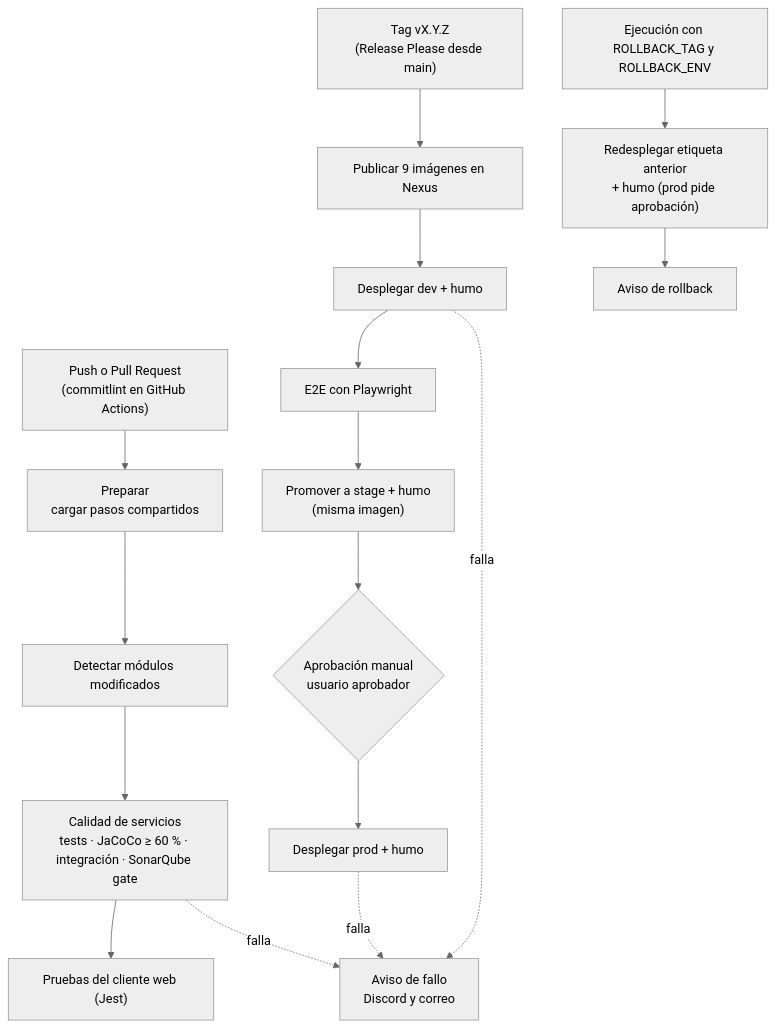
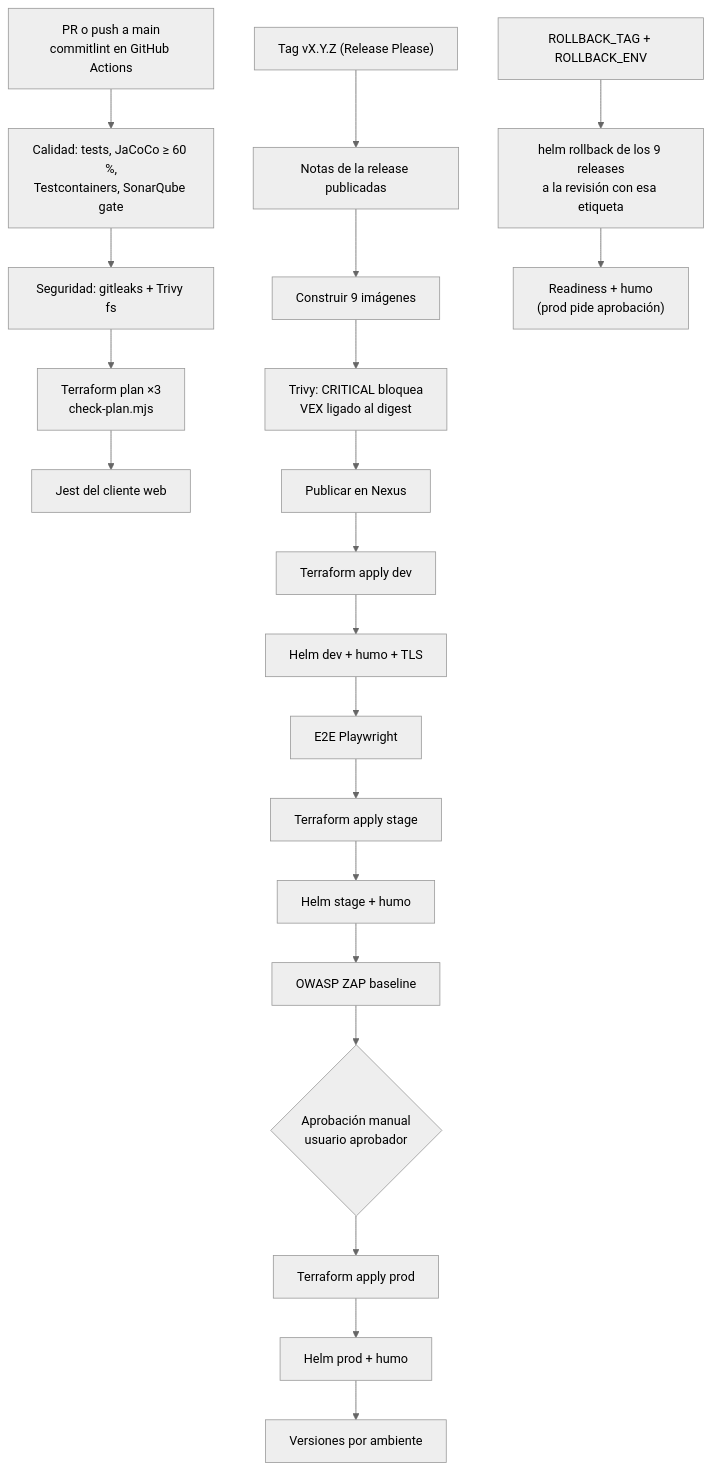
One commit to pabloandressoftware/CircleGuardSoft5Comentarios changed the third of 3 diagrams in docs/arquitectura.md. Above: the diagram before and after it, drawn with Mermaid (neutral theme). The commit also changed other lines of this file and 23 other files, not shown here.

````diff
--- a/docs/arquitectura.md
+++ b/docs/arquitectura.md
@@ -35,22 +97,18 @@
 ```mermaid
 flowchart TD
-    Push["Push o Pull Request<br/>(commitlint en GitHub Actions)"] --> Prep["Preparar<br/>cargar pasos compartidos"]
-    Prep --> Detect["Detectar módulos modificados"]
-    Detect --> Quality["Calidad de servicios<br/>tests · JaCoCo ≥ 60 % · integración · SonarQube gate"]
-    Quality --> Web["Pruebas del cliente web (Jest)"]
+    PR["PR o push a main<br/>commitlint en GitHub Actions"] --> Q["Calidad: tests, JaCoCo ≥ 60 %,<br/>Testcontainers, SonarQube gate"]
+    Q --> Sec["Seguridad: gitleaks + Trivy fs"]
+    Sec --> Plan["Terraform plan ×3<br/>check-plan.mjs"]
+    Plan --> WebT["Jest del cliente web"]
 
-    Tag["Tag vX.Y.Z<br/>(Release Please desde main)"] --> Publish["Publicar 9 imágenes en Nexus"]
-    Publish --> Dev["Desplegar dev + humo"]
-    Dev --> E2E["E2E con Playwright"]
-    E2E --> Stage["Promover a stage + humo<br/>(misma imagen)"]
-    Stage --> Approve{"Aprobación manual<br/>usuario aprobador"}
-    Approve --> Prod["Desplegar prod + humo"]
+    Tag["Tag vX.Y.Z (Release Please)"] --> Notes["Notas de la release publicadas"]
+    Notes --> Build["Construir 9 imágenes"]
+    Build --> Scan["Trivy: CRITICAL bloquea<br/>VEX ligado al digest"]
+    Scan --> Push["Publicar en Nexus"]
+    Push --> TfDev["Terraform apply dev"] --> HDev["Helm dev + humo + TLS"] --> E2E["E2E Playwright"]
+    E2E --> TfSt["Terraform apply stage"] --> HSt["Helm stage + humo"] --> ZAP["OWASP ZAP baseline"]
+    ZAP --> Approve{"Aprobación manual<br/>usuario aprobador"}
+    Approve --> TfPr["Terraform apply prod"] --> HPr["Helm prod + humo"] --> Inv["Versiones por ambiente"]
 
-    Quality -. "falla" .-> Notify
-    Dev -. "falla" .-> Notify
-    Prod -. "falla" .-> Notify
-    Notify["Aviso de fallo<br/>Discord y correo"]
-
-    Rollback["Ejecución con ROLLBACK_TAG y ROLLBACK_ENV"] --> Redeploy["Redesplegar etiqueta anterior<br/>+ humo (prod pide aprobación)"]
-    Redeploy --> Notify2["Aviso de rollback"]
+    RB["ROLLBACK_TAG + ROLLBACK_ENV"] --> RBH["helm rollback de los 9 releases<br/>a la revisión con esa etiqueta"] --> RBS["Readiness + humo<br/>(prod pide aprobación)"]
 ```
````
